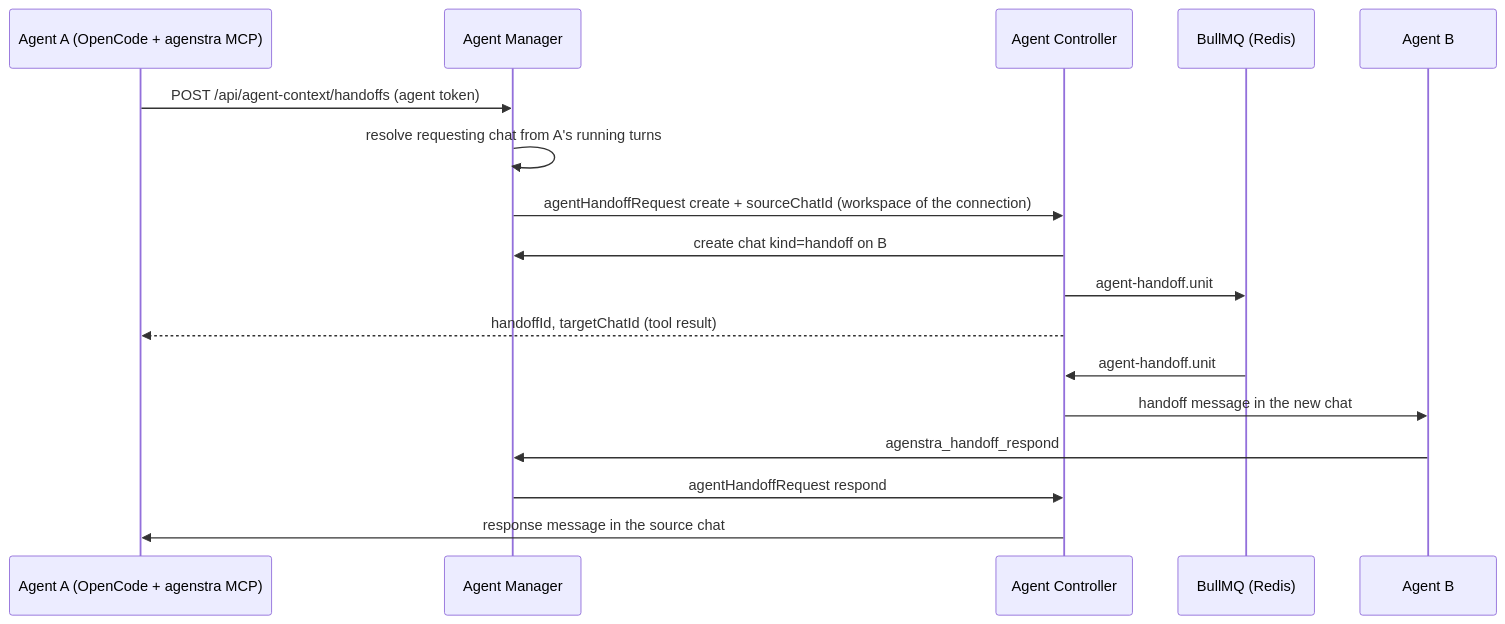
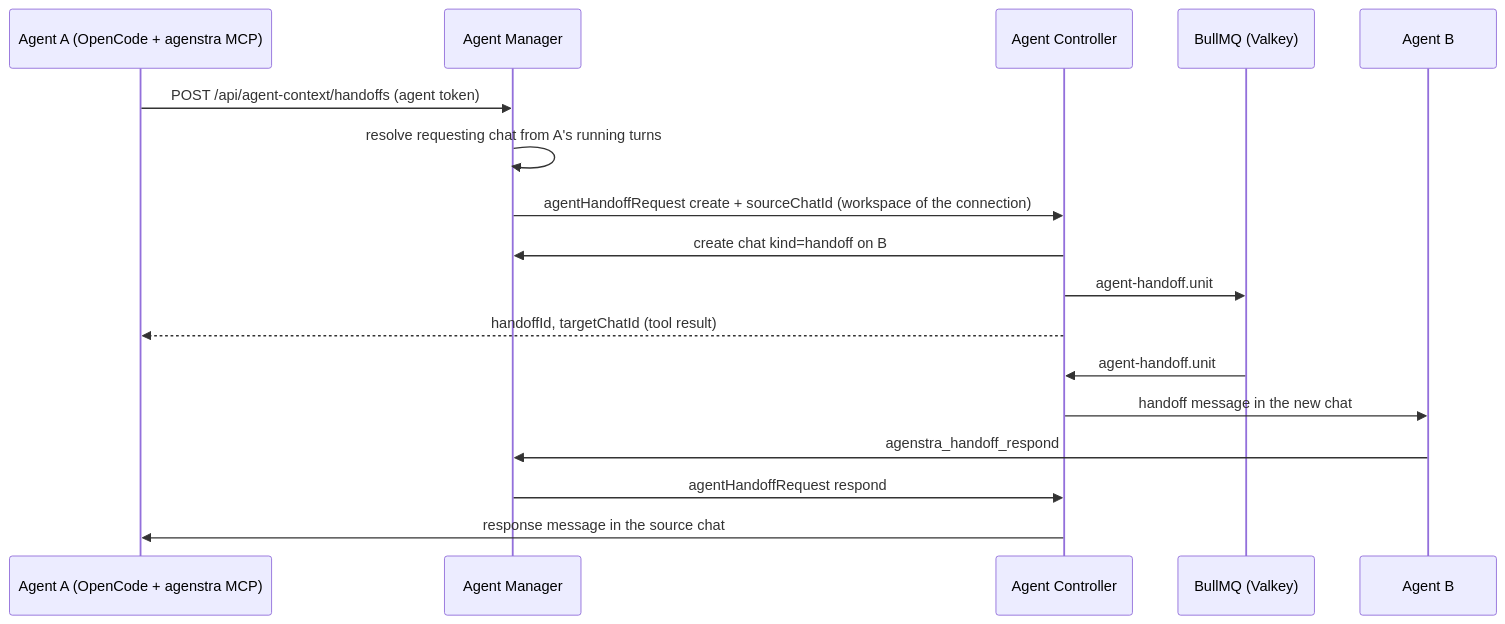
The diagram in docs/agenstra/features/agent-handoffs.md (forepath/one), drawn with Mermaid before and after one commit. The commit also changed 92 other files, not shown here.

````diff
--- a/docs/agenstra/features/agent-handoffs.md
+++ b/docs/agenstra/features/agent-handoffs.md
@@ -57,20 +57,20 @@
 ```mermaid
 sequenceDiagram
     participant A as Agent A (OpenCode + agenstra MCP)
     participant M as Agent Manager
     participant C as Agent Controller
-    participant Q as BullMQ (Redis)
+    participant Q as BullMQ (Valkey)
     participant B as Agent B
 
     A->>M: POST /api/agent-context/handoffs (agent token)
     M->>M: resolve requesting chat from A's running turns
     M->>C: agentHandoffRequest create + sourceChatId (workspace of the connection)
     C->>M: create chat kind=handoff on B
     C->>Q: agent-handoff.unit
     C-->>A: handoffId, targetChatId (tool result)
     Q->>C: agent-handoff.unit
     C->>B: handoff message in the new chat
     B->>M: agenstra_handoff_respond
     M->>C: agentHandoffRequest respond
     C->>A: response message in the source chat
 ```
````
